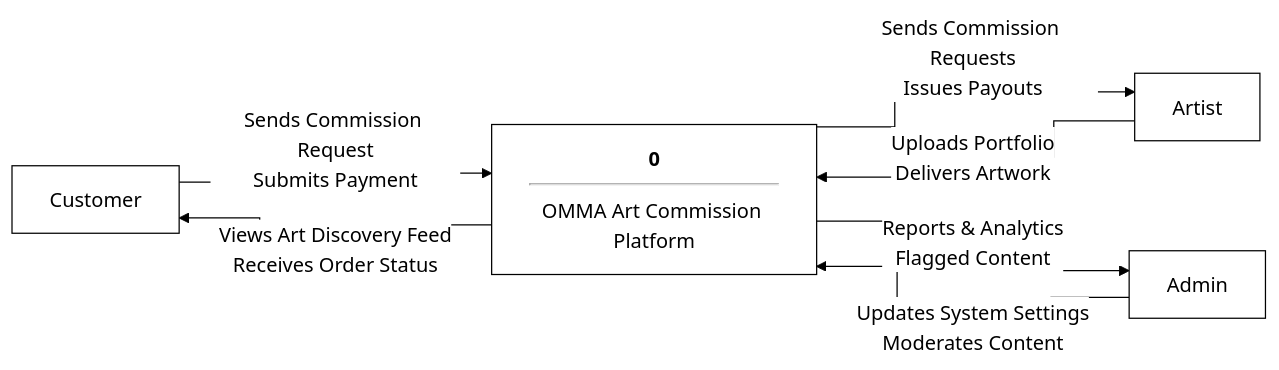
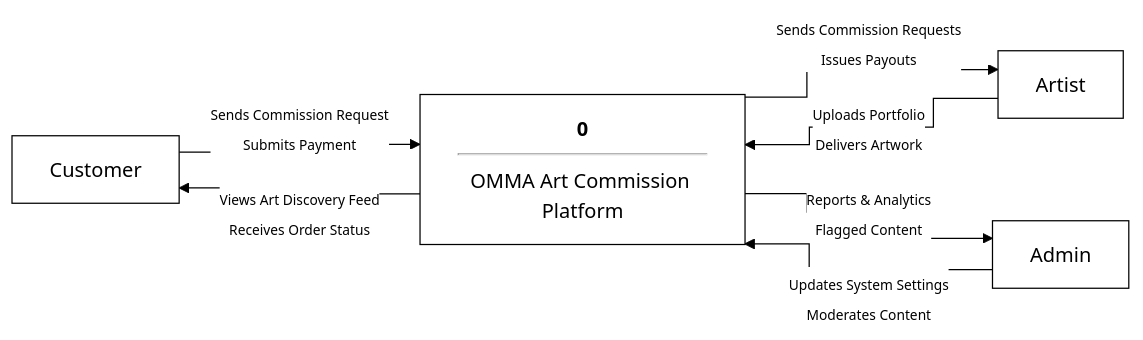
The first of 3 diagrams in README.md (binssente-crypto/DFD), drawn with Mermaid before and after one commit. The commit also changed other lines of this file, not shown here.

Commit message:
Adjust label sizes and add edgeLabelBackground for overpass effect

````diff
--- a/README.md
+++ b/README.md
@@ -8,18 +8,18 @@
 ```mermaid
-%%{init: { 'flowchart': { 'curve': 'step' }, 'theme': 'base', 'themeVariables': { 'primaryColor': '#ffffff', 'primaryBorderColor': '#000000', 'primaryTextColor': '#000000', 'lineColor': '#000000', 'background': '#ffffff' } }}%%
+%%{init: { 'flowchart': { 'curve': 'step' }, 'theme': 'base', 'themeVariables': { 'primaryColor': '#ffffff', 'primaryBorderColor': '#000000', 'primaryTextColor': '#000000', 'lineColor': '#000000', 'background': '#ffffff', 'edgeLabelBackground': '#ffffff' } }}%%
 graph LR
     Customer[Customer]
     Admin[Admin]
     Artist[Artist]
     
     P0["<b>0</b><hr/>OMMA Art Commission Platform"]
     
-    Customer -- "Sends Commission Request<br/>Submits Payment" --> P0
-    P0 -- "Views Art Discovery Feed<br/>Receives Order Status" --> Customer
+    Customer -- "<span style='font-size: 11px'>Sends Commission Request<br/>Submits Payment</span>" --> P0
+    P0 -- "<span style='font-size: 11px'>Views Art Discovery Feed<br/>Receives Order Status</span>" --> Customer
     
-    Artist -- "Uploads Portfolio<br/>Delivers Artwork" --> P0
-    P0 -- "Sends Commission Requests<br/>Issues Payouts" --> Artist
+    Artist -- "<span style='font-size: 11px'>Uploads Portfolio<br/>Delivers Artwork</span>" --> P0
+    P0 -- "<span style='font-size: 11px'>Sends Commission Requests<br/>Issues Payouts</span>" --> Artist
     
-    Admin -- "Updates System Settings<br/>Moderates Content" --> P0
-    P0 -- "Reports & Analytics<br/>Flagged Content" --> Admin
+    Admin -- "<span style='font-size: 11px'>Updates System Settings<br/>Moderates Content</span>" --> P0
+    P0 -- "<span style='font-size: 11px'>Reports & Analytics<br/>Flagged Content</span>" --> Admin
 ```
````
